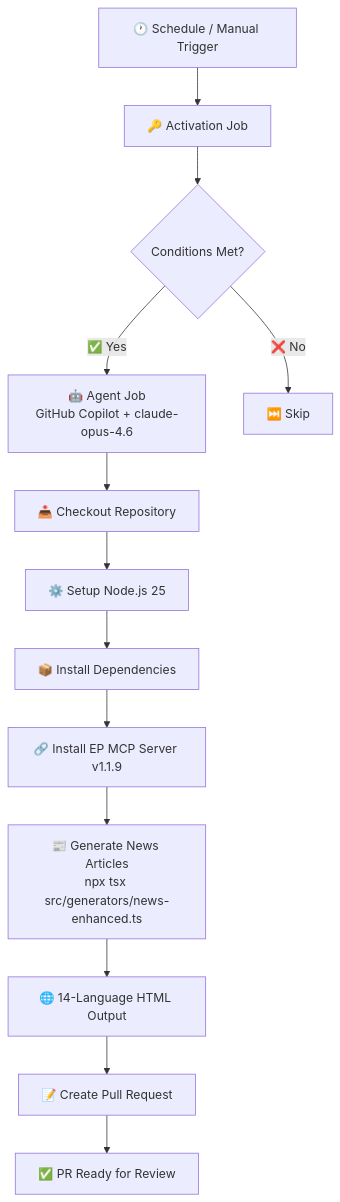
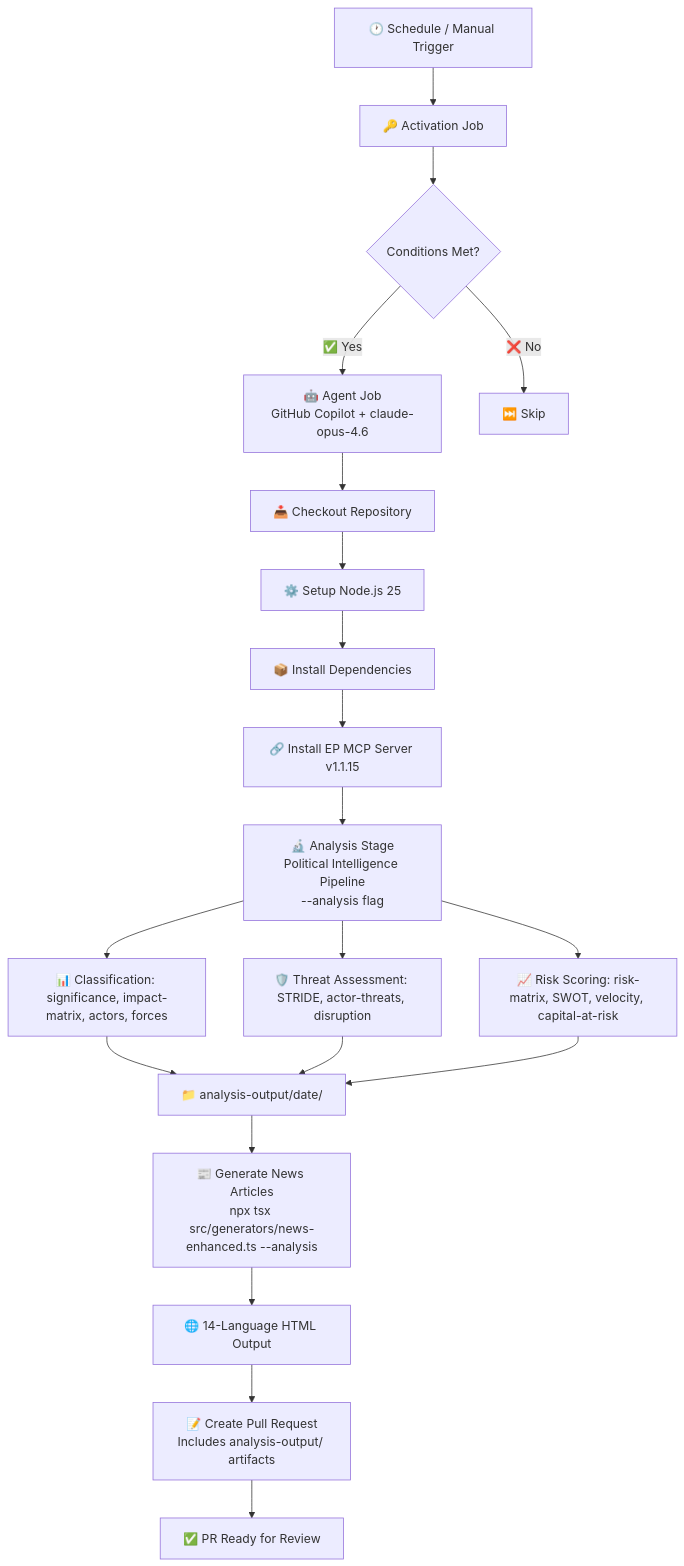
One commit to Hack23/euparliamentmonitor changed the first of 13 diagrams in WORKFLOWS.md. Above: the diagram before and after it, drawn with Mermaid. The commit also changed other lines of this file and 86 other files, not shown here.

First line of the commit message:
fix: update pipeline docs to four-stage (fetch→analysis→generate→output) and add analysis artifacts to PR bodies

````diff
--- a/WORKFLOWS.md
+++ b/WORKFLOWS.md
@@ -114,15 +114,22 @@
 ```mermaid
 graph TD
     A[🕐 Schedule / Manual Trigger] --> B[🔑 Activation Job]
     B --> C{Conditions Met?}
     C -->|✅ Yes| D[🤖 Agent Job<br/>GitHub Copilot + claude-opus-4.6]
     C -->|❌ No| E[⏭️ Skip]
     D --> F[📥 Checkout Repository]
     F --> G[⚙️ Setup Node.js 25]
     G --> H[📦 Install Dependencies]
-    H --> I[🔗 Install EP MCP Server v1.1.9]
-    I --> J[📰 Generate News Articles<br/>npx tsx src/generators/news-enhanced.ts]
+    H --> I[🔗 Install EP MCP Server v1.1.15]
+    I --> J1[🔬 Analysis Stage<br/>Political Intelligence Pipeline<br/>--analysis flag]
+    J1 --> J1a[📊 Classification: significance, impact-matrix, actors, forces]
+    J1 --> J1b[🛡️ Threat Assessment: STRIDE, actor-threats, disruption]
+    J1 --> J1c[📈 Risk Scoring: risk-matrix, SWOT, velocity, capital-at-risk]
+    J1a --> J1d[📁 analysis-output/date/]
+    J1b --> J1d
+    J1c --> J1d
+    J1d --> J[📰 Generate News Articles<br/>npx tsx src/generators/news-enhanced.ts --analysis]
     J --> K[🌐 14-Language HTML Output]
-    K --> L[📝 Create Pull Request]
+    K --> L[📝 Create Pull Request<br/>Includes analysis-output/ artifacts]
     L --> M[✅ PR Ready for Review]
 ```
````
